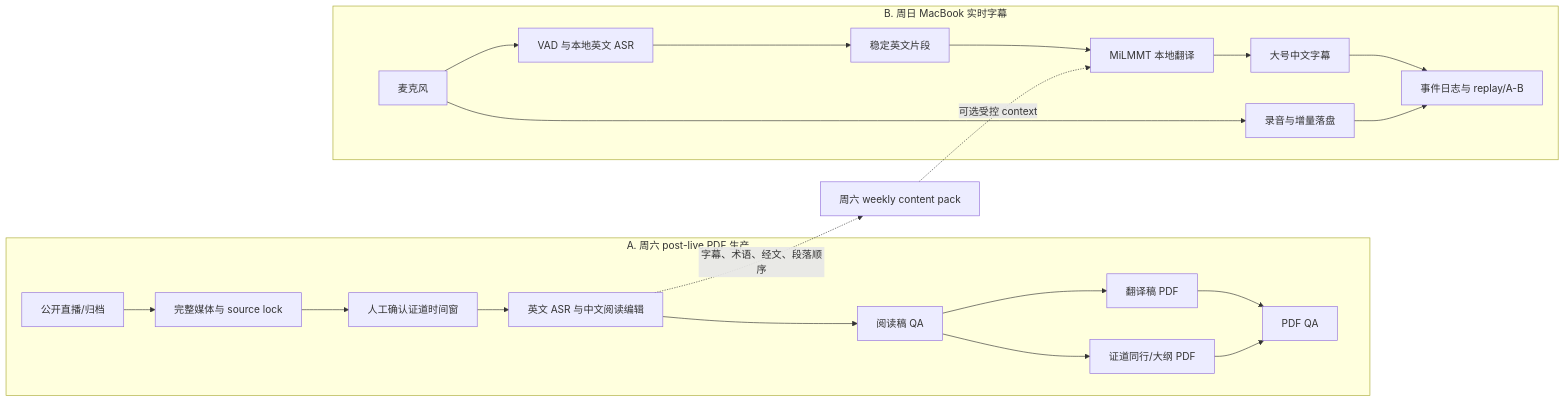
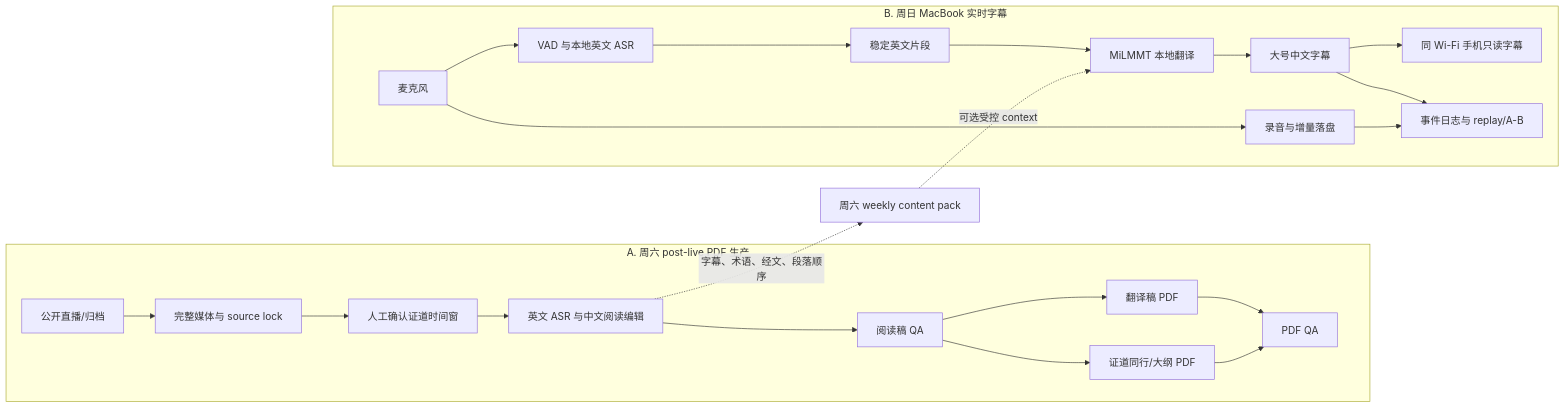
Before and after one commit to JonathanJing/sermon-video-zh-subtitles: the first of 4 diagrams in docs/workflows/README.zh.md, drawn with Mermaid. The commit also changed other lines of this file and 26 other files, not shown here.

````diff
--- a/docs/workflows/README.zh.md
+++ b/docs/workflows/README.zh.md
@@ -13,26 +13,27 @@
 ```mermaid
 flowchart LR
     subgraph SAT["A. 周六 post-live PDF 生产"]
         S1[公开直播/归档] --> S2[完整媒体与 source lock]
         S2 --> S3[人工确认证道时间窗]
         S3 --> S4[英文 ASR 与中文阅读编辑]
         S4 --> S5[阅读稿 QA]
         S5 --> S6[翻译稿 PDF]
         S5 --> S7[证道同行/大纲 PDF]
         S6 --> S8[PDF QA]
         S7 --> S8
     end
 
     subgraph SUN["B. 周日 MacBook 实时字幕"]
         R1[麦克风] --> R2[录音与增量落盘]
         R1 --> R3[VAD 与本地英文 ASR]
         R3 --> R4[稳定英文片段]
         R4 --> R5[MiLMMT 本地翻译]
-        R5 --> R6[大号中文字幕]
-        R6 --> R7[事件日志与 replay/A-B]
+    R5 --> R6[大号中文字幕]
+    R6 --> R8[同 Wi-Fi 手机只读字幕]
+    R6 --> R7[事件日志与 replay/A-B]
     end
 
     S4 -. "字幕、术语、经文、段落顺序" .-> C[周六 weekly content pack]
     C -. "可选受控 context" .-> R5
     R2 --> R7
 ```
````
